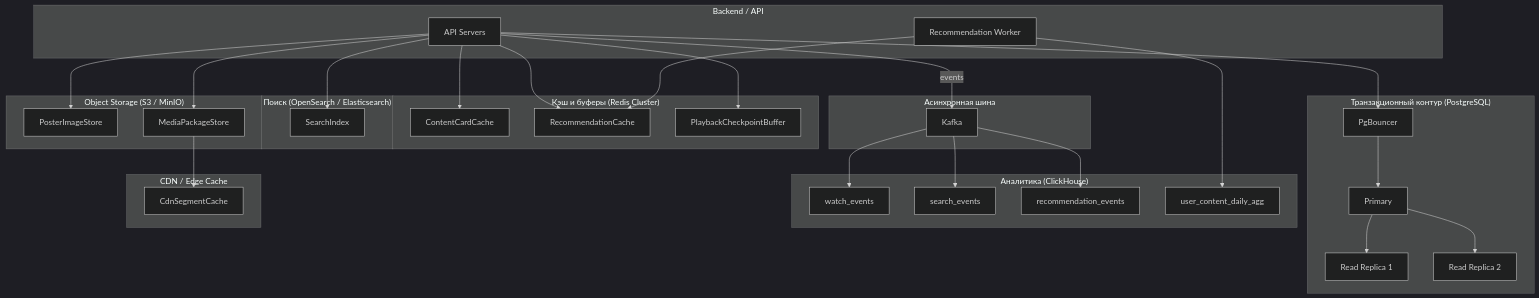
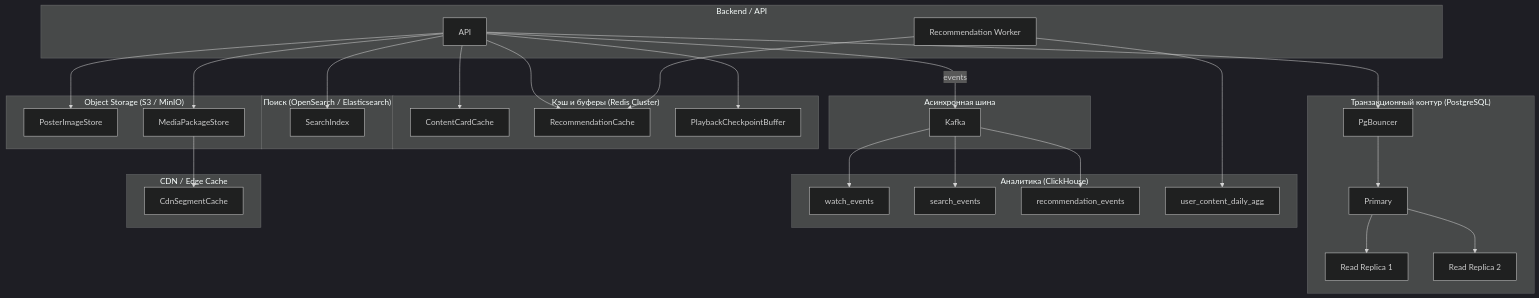
Before and after one commit to mtvvi/technopark-highload-coursework: the diagram in README.md, drawn with Mermaid (dark theme).

````diff
--- a/README.md
+++ b/README.md
@@ -564,62 +564,62 @@
 ```mermaid
 graph TD
     subgraph Backend["Backend / API"]
-        API["API Servers"]
+        API["API"]
         REC["Recommendation Worker"]
     end
 
     subgraph PG["Транзакционный контур (PostgreSQL)"]
         PGB["PgBouncer"]
         PGM["Primary"]
         PGR1["Read Replica 1"]
         PGR2["Read Replica 2"]
         PGB --> PGM
         PGM --> PGR1
         PGM --> PGR2
     end
 
     subgraph REDIS["Кэш и буферы (Redis Cluster)"]
         R1["ContentCardCache"]
         R2["RecommendationCache"]
         R3["PlaybackCheckpointBuffer"]
     end
 
     subgraph SEARCH["Поиск (OpenSearch / Elasticsearch)"]
         ES["SearchIndex"]
     end
 
     subgraph BUS["Асинхронная шина"]
         KAFKA["Kafka"]
     end
 
     subgraph CH["Аналитика (ClickHouse)"]
         CH1["watch_events"]
         CH2["search_events"]
         CH3["recommendation_events"]
         CH4["user_content_daily_agg"]
     end
 
     subgraph OBJ["Object Storage (S3 / MinIO)"]
         S3POSTER["PosterImageStore"]
         S3MEDIA["MediaPackageStore"]
     end
 
     subgraph CDN["CDN / Edge Cache"]
         EDGE["CdnSegmentCache"]
     end
 
     API --> PGB
     API --> R1
     API --> R2
     API --> R3
     API --> ES
     API --> S3POSTER
     API --> S3MEDIA
     API -- "events" --> KAFKA
     REC --> CH4
     REC --> R2
     KAFKA --> CH1
     KAFKA --> CH2
     KAFKA --> CH3
     S3MEDIA --> EDGE
 ```
````
